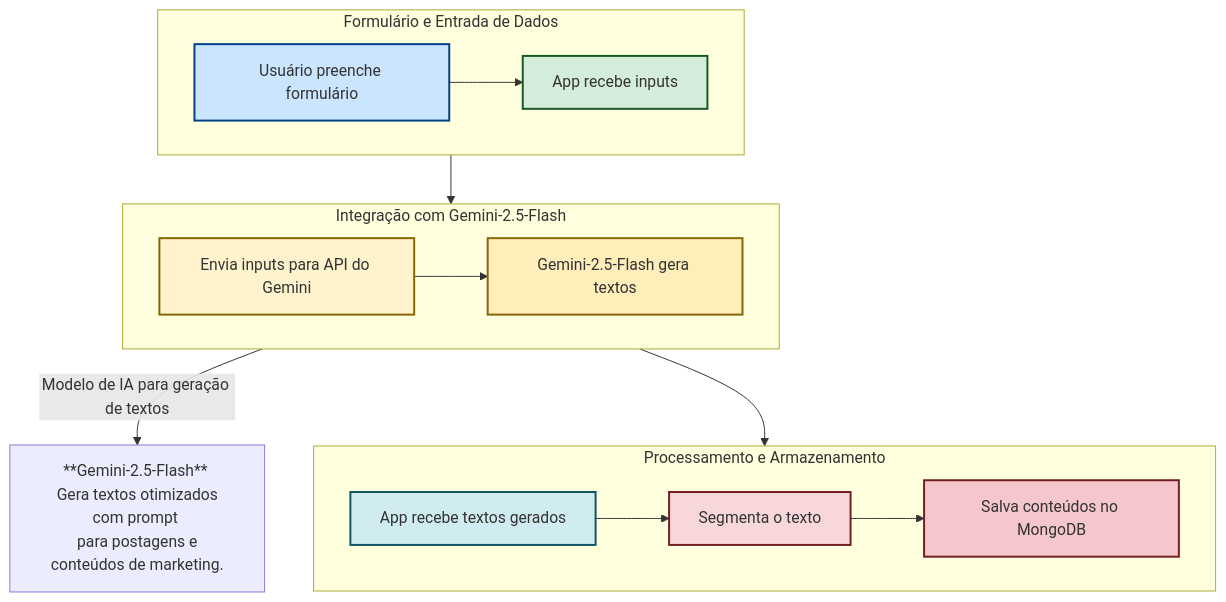
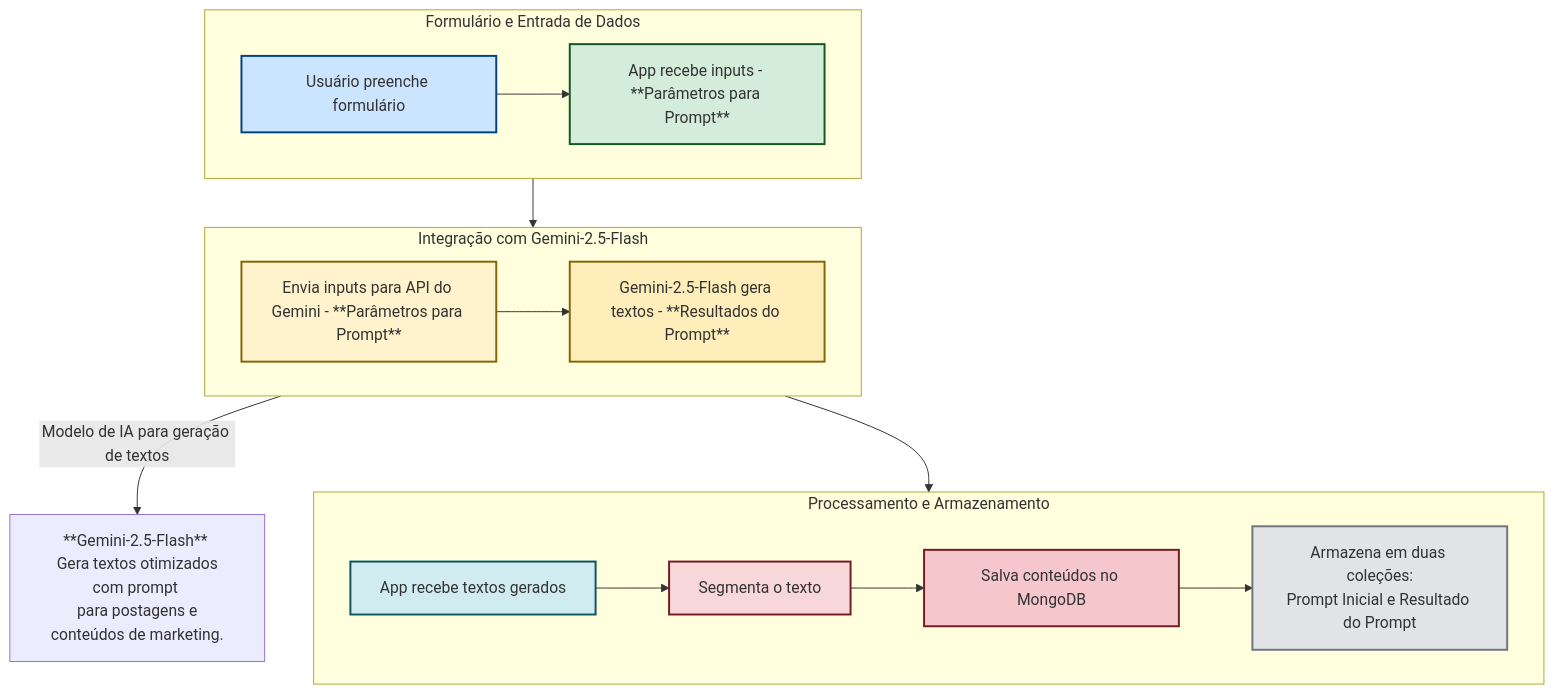
The first of 2 diagrams in README.md (nbronzatto/PI3-2025), drawn with Mermaid before and after one commit. The commit also changed other lines of this file, not shown here.

````diff
--- a/README.md
+++ b/README.md
@@ -26,39 +33,41 @@
 ```mermaid
 flowchart TD
     %% Subgraph de entrada (horizontal)
     subgraph Entrada [Formulário e Entrada de Dados]
       direction LR
-      A[Usuário preenche formulário] --> B[App recebe inputs]
+      A[Usuário preenche formulário] --> B[App recebe inputs - **Parâmetros para Prompt**]
     end
 
     %% Subgraph de integração com Gemini (horizontal)
     subgraph Gemini [Integração com Gemini-2.5-Flash]
       direction LR
-      C[Envia inputs para API do Gemini] --> D[Gemini-2.5-Flash gera textos]
+      C[Envia inputs para API do Gemini - **Parâmetros para Prompt**] --> D[Gemini-2.5-Flash gera textos - **Resultados do Prompt**]
     end
 
     %% Subgraph de processamento (horizontal)
     subgraph Processamento [Processamento e Armazenamento]
       direction LR
       E[App recebe textos gerados] --> F[Segmenta o texto]
       F --> G[Salva conteúdos no MongoDB]
+      G --> H[Armazena em duas coleções:<br>Prompt Inicial e Resultado do Prompt]
     end
 
     %% Conexões entre subgraphs
     B --> C
     D --> E
 
     %% Estilização de nós
     style A fill:#cce5ff,stroke:#004085,stroke-width:2px;
     style B fill:#d4edda,stroke:#155724,stroke-width:2px;
     style C fill:#fff3cd,stroke:#856404,stroke-width:2px;
     style D fill:#ffeeba,stroke:#856404,stroke-width:2px;
     style E fill:#d1ecf1,stroke:#0c5460,stroke-width:2px;
     style F fill:#f8d7da,stroke:#721c24,stroke-width:2px;
     style G fill:#f5c6cb,stroke:#721c24,stroke-width:2px;
+    style H fill:#e2e3e5,stroke:#6c757d,stroke-width:2px;
 
     %% Nota informativa sobre o Gemini-2.5-Flash
     D -->|Modelo de IA para geração de textos| NoteGemini
     NoteGemini["**Gemini-2.5-Flash** <br> Gera textos otimizados com prompt <br> para postagens e conteúdos de marketing."]
 
 ```
````
